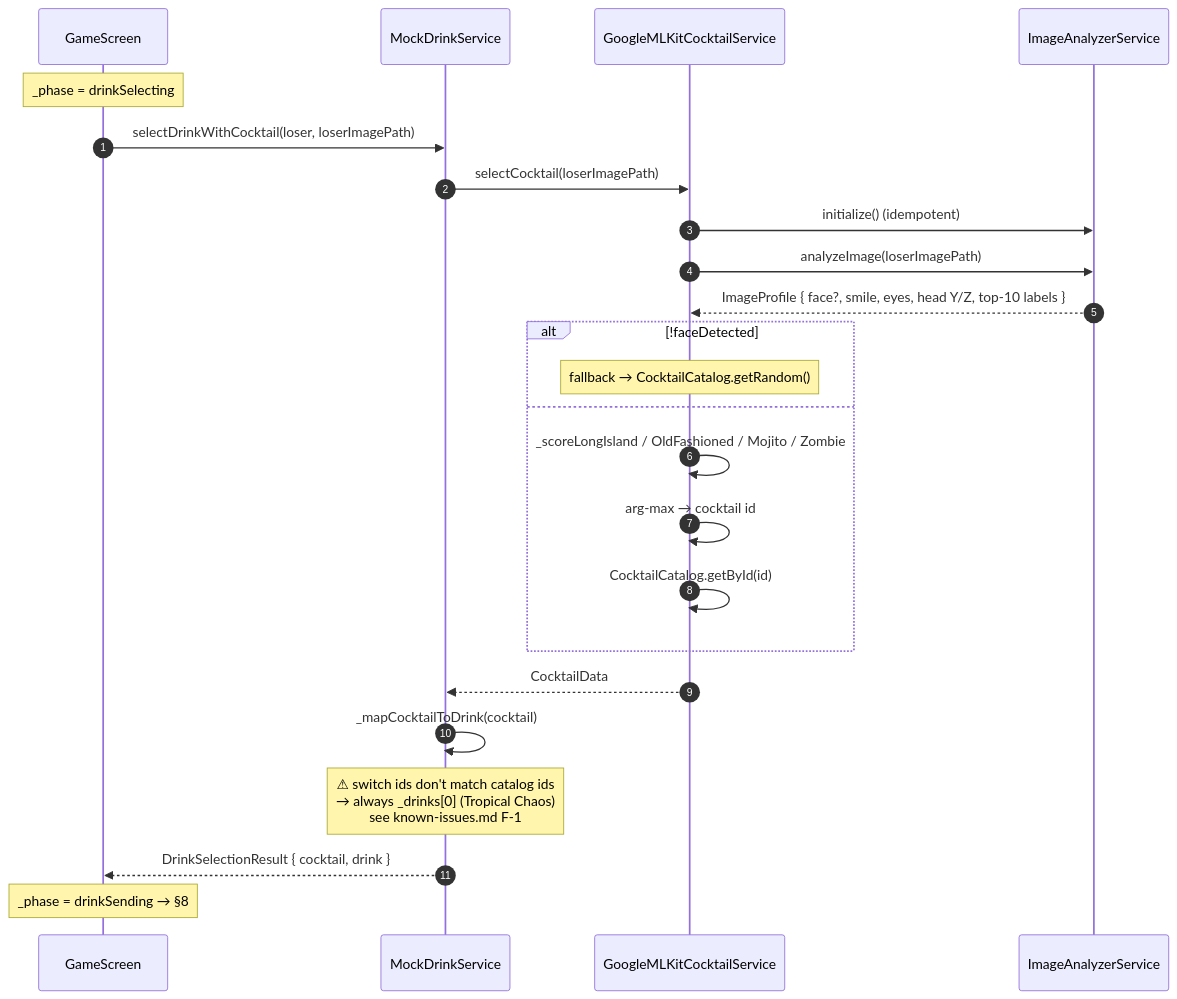
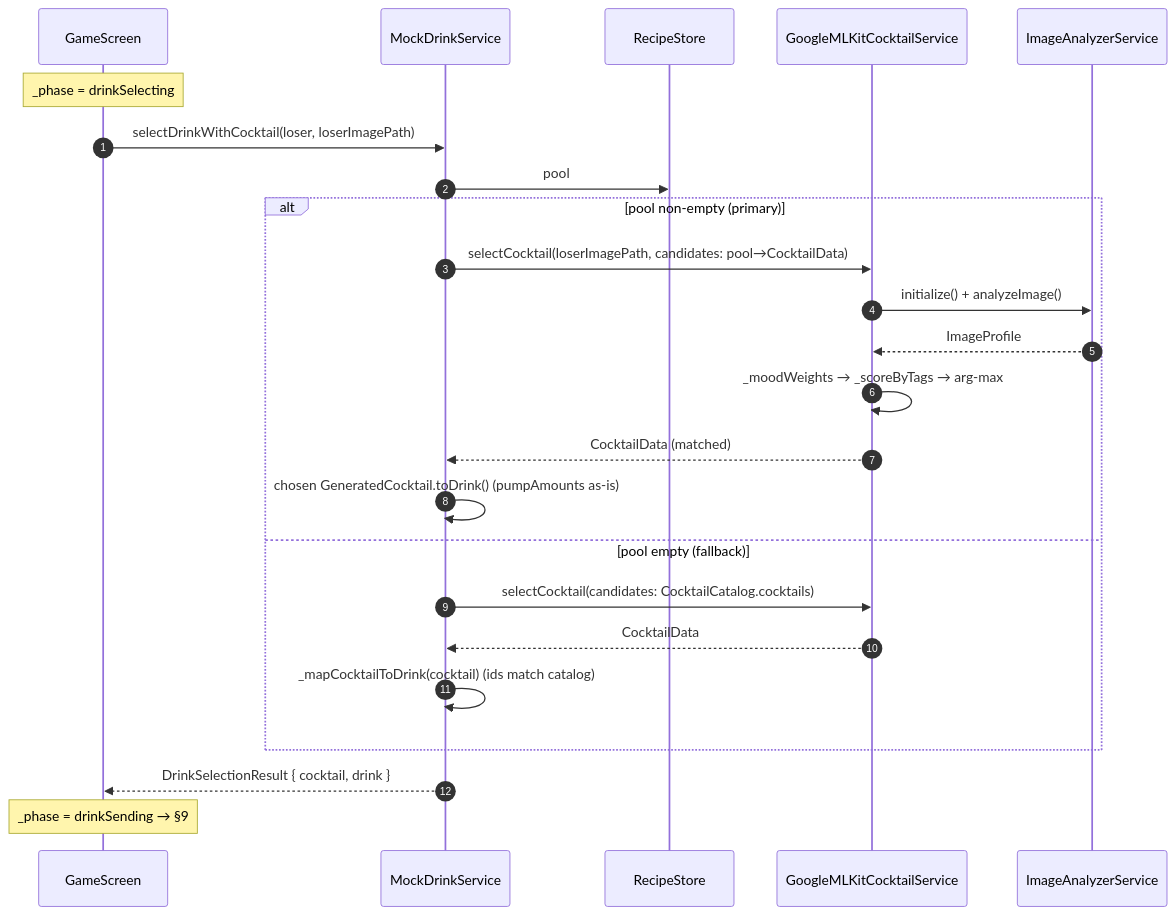
One commit to Hubert005/IoT_Projekt changed the eighth of 9 diagrams in docs/frontend/sequence-diagrams.md. Above: the diagram before and after it, drawn with Mermaid. The commit also changed other lines of this file and 19 other files, not shown here.

````diff
--- a/docs/frontend/sequence-diagrams.md
+++ b/docs/frontend/sequence-diagrams.md
@@ -132,26 +161,26 @@
 ```mermaid
 sequenceDiagram
     autonumber
     participant Game as GameScreen
     participant MDS as MockDrinkService
+    participant Store as RecipeStore
     participant GMK as GoogleMLKitCocktailService
     participant IAS as ImageAnalyzerService
     Note over Game: _phase = drinkSelecting
     Game->>MDS: selectDrinkWithCocktail(loser, loserImagePath)
-    MDS->>GMK: selectCocktail(loserImagePath)
-    GMK->>IAS: initialize() (idempotent)
-    GMK->>IAS: analyzeImage(loserImagePath)
-    IAS-->>GMK: ImageProfile { face?, smile, eyes, head Y/Z, top-10 labels }
-    alt !faceDetected
-        Note over GMK: fallback → CocktailCatalog.getRandom()
-    else
-        GMK->>GMK: _scoreLongIsland / OldFashioned / Mojito / Zombie
-        GMK->>GMK: arg-max → cocktail id
-        GMK->>GMK: CocktailCatalog.getById(id)
+    MDS->>Store: pool
+    alt pool non-empty (primary)
+        MDS->>GMK: selectCocktail(loserImagePath, candidates: pool→CocktailData)
+        GMK->>IAS: initialize() + analyzeImage()
+        IAS-->>GMK: ImageProfile
+        GMK->>GMK: _moodWeights → _scoreByTags → arg-max
+        GMK-->>MDS: CocktailData (matched)
+        MDS->>MDS: chosen GeneratedCocktail.toDrink() (pumpAmounts as-is)
+    else pool empty (fallback)
+        MDS->>GMK: selectCocktail(candidates: CocktailCatalog.cocktails)
+        GMK-->>MDS: CocktailData
+        MDS->>MDS: _mapCocktailToDrink(cocktail)  (ids match catalog)
     end
-    GMK-->>MDS: CocktailData
-    MDS->>MDS: _mapCocktailToDrink(cocktail)
-    Note over MDS: ⚠ switch ids don't match catalog ids<br/>→ always _drinks[0] (Tropical Chaos)<br/>see known-issues.md F-1
     MDS-->>Game: DrinkSelectionResult { cocktail, drink }
-    Note over Game: _phase = drinkSending → §8
+    Note over Game: _phase = drinkSending → §9
 ```
````
